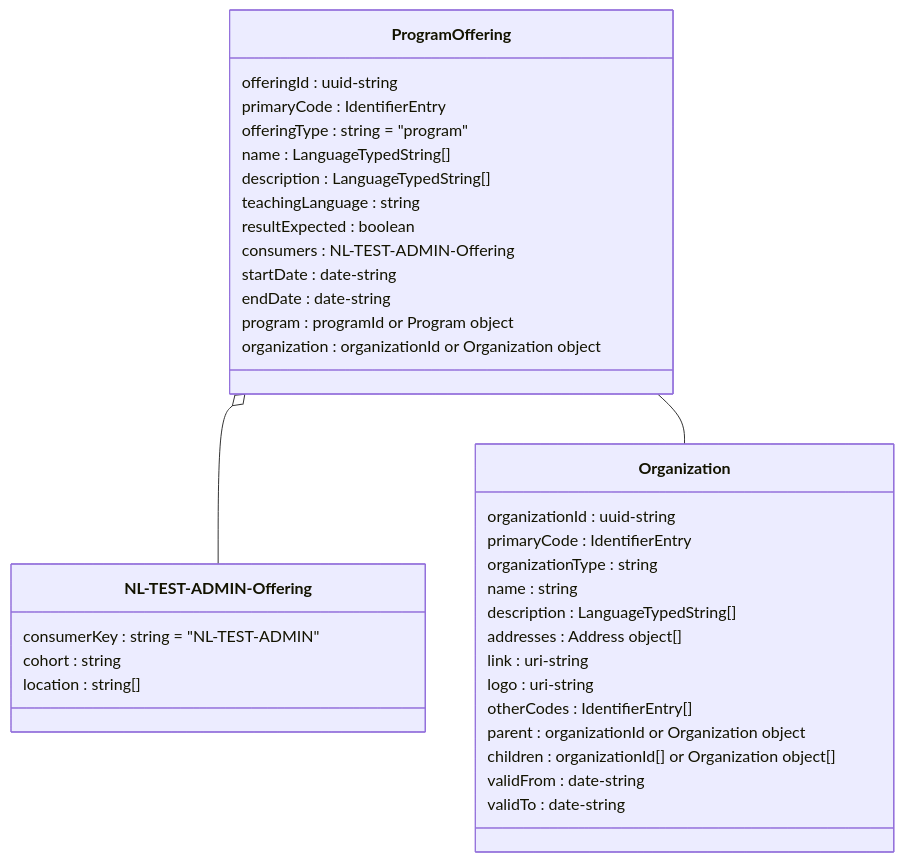
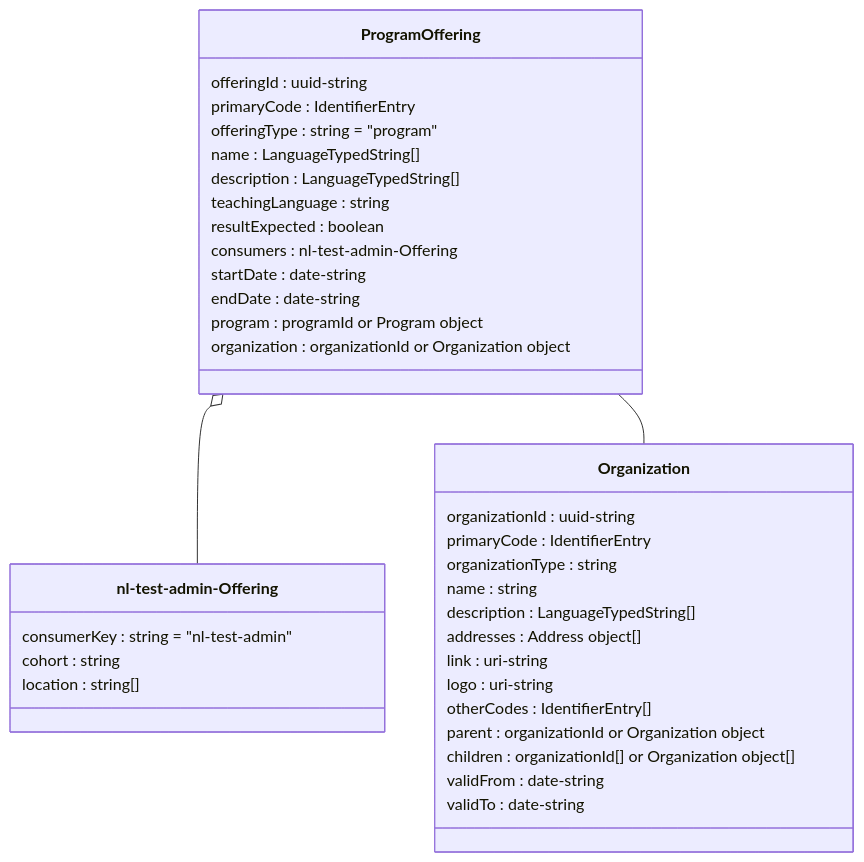
Before and after one commit to NetwerkExamineringDigitalisering/NED-OOAPI: diagram 13 of 14 in doc/flow1.md, drawn with Mermaid. The commit also changed other lines of this file and 26 other files, not shown here.

````diff
--- a/doc/flow1.md
+++ b/doc/flow1.md
@@ -652,41 +652,41 @@
 ```mermaid
 	classDiagram
 
     class ProgramOffering {
         offeringId : uuid-string
         primaryCode : IdentifierEntry
         offeringType : string = "program"
         name : LanguageTypedString[]
         description : LanguageTypedString[]
         teachingLanguage : string
         resultExpected : boolean
-        consumers : NL-TEST-ADMIN-Offering
+        consumers : nl-test-admin-Offering
         startDate : date-string
         endDate : date-string
         program : programId or Program object
         organization : organizationId or Organization object
     }
-    class `NL-TEST-ADMIN-Offering` {
-        consumerKey : string = "NL-TEST-ADMIN"
+    class `nl-test-admin-Offering` {
+        consumerKey : string = "nl-test-admin"
 		cohort : string
 		location : string[]
     }
     class Organization {
         organizationId : uuid-string
         primaryCode : IdentifierEntry
         organizationType : string
         name : string
         description : LanguageTypedString[]
         addresses : Address object[]
         link : uri-string
         logo : uri-string
         otherCodes : IdentifierEntry[]
         parent : organizationId or Organization object
         children : organizationId[] or Organization object[]
         validFrom : date-string
         validTo : date-string
     }
-    ProgramOffering o-- `NL-TEST-ADMIN-Offering`
+    ProgramOffering o-- `nl-test-admin-Offering`
     ProgramOffering -- Organization 
 
 ```    
````
